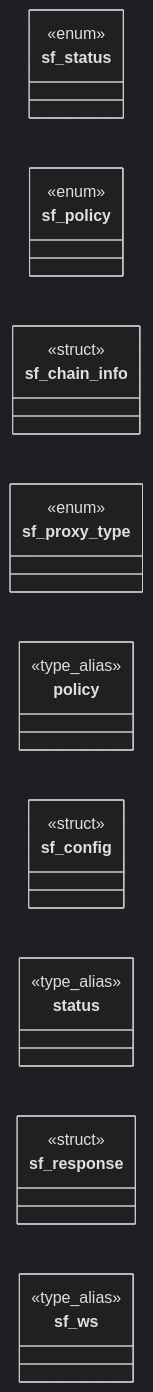
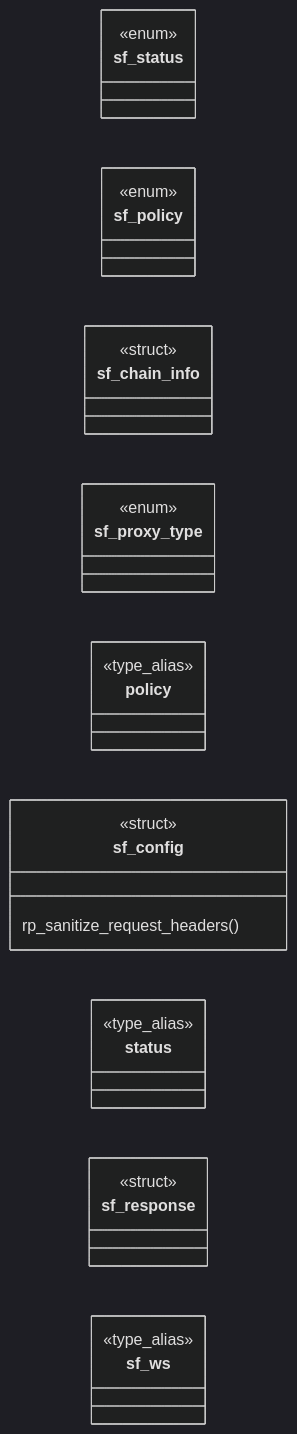
The first of 2 diagrams in readmenator-apidocs/modules/include.secure_fetch.h.md (grisuno/FreeDom), drawn with Mermaid (dark theme) before and after one commit. The commit also changed other lines of this file and 240 other files, not shown here.

````diff
--- a/readmenator-apidocs/modules/include.secure_fetch.h.md
+++ b/readmenator-apidocs/modules/include.secure_fetch.h.md
@@ -15,22 +15,23 @@
 ```mermaid
 classDiagram
     direction LR
     class sf_status
     <<enum>> sf_status
     class sf_policy
     <<enum>> sf_policy
     class sf_chain_info
     <<struct>> sf_chain_info
     class sf_proxy_type
     <<enum>> sf_proxy_type
     class policy
     <<type_alias>> policy
     class sf_config
     <<struct>> sf_config
+    sf_config : rp_sanitize_request_headers()
     class status
     <<type_alias>> status
     class sf_response
     <<struct>> sf_response
     class sf_ws
     <<type_alias>> sf_ws
 ```
````
